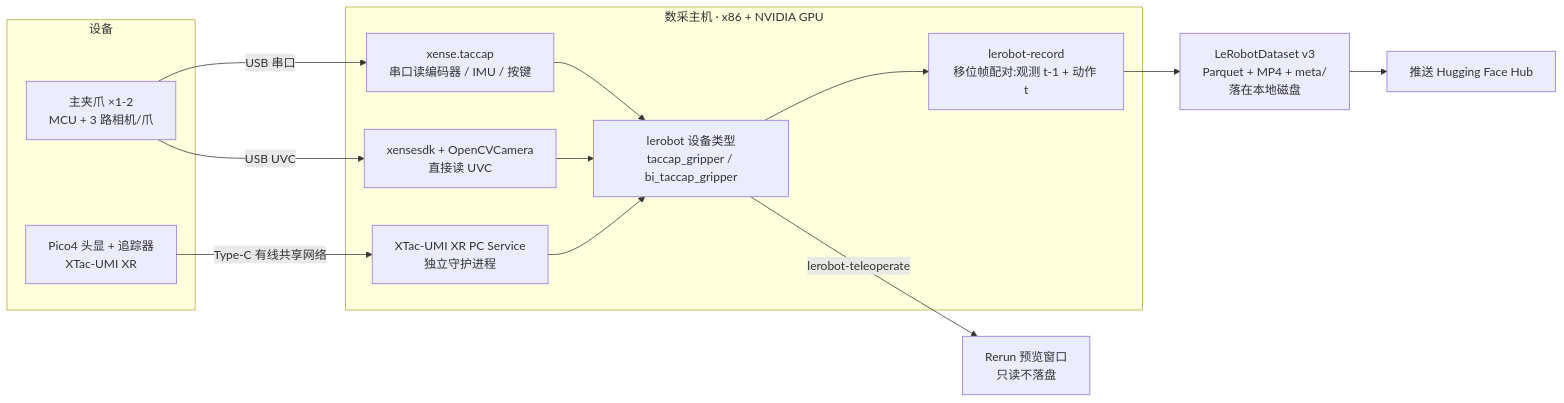
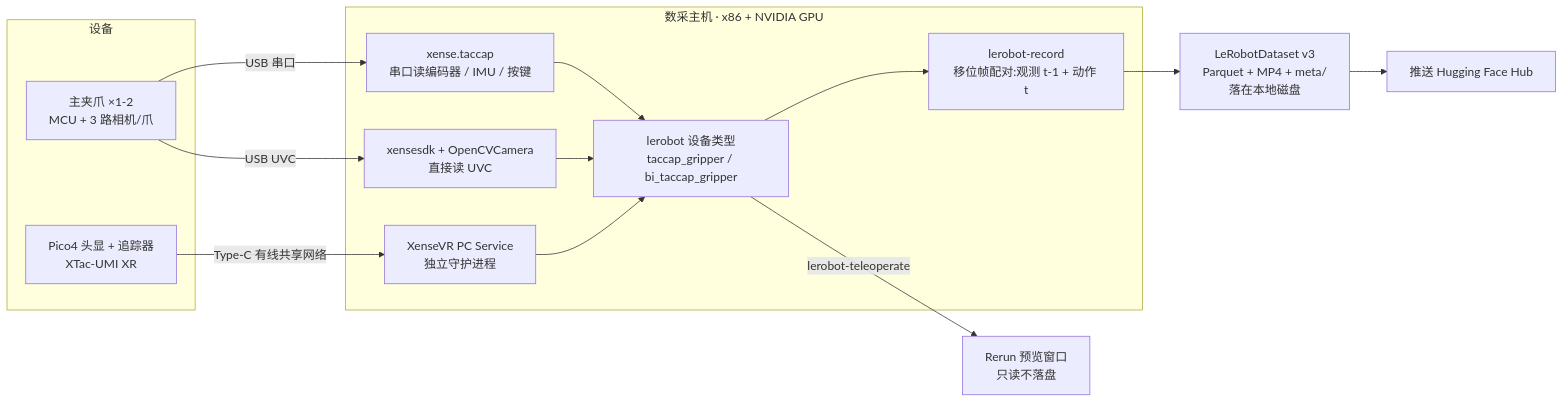
The second of 2 diagrams in docs/product/g1.md (XenseRobotics-AI/XTac-UMI-G1-Docs), drawn with Mermaid before and after one commit. The commit also changed other lines of this file and 20 other files, not shown here.

First line of the commit message:
docs: 撤回 XenseVR PC Service 的改名,只有头显 APP 叫 XTac-UMI XR

````diff
--- a/docs/product/g1.md
+++ b/docs/product/g1.md
@@ -70,24 +70,24 @@
 ```mermaid
 flowchart LR
     subgraph DEV2["设备"]
         G2["主夹爪 ×1-2<br/>MCU + 3 路相机/爪"]
         P2["Pico4 头显 + 追踪器<br/>XTac-UMI XR"]
     end
     subgraph HOST["数采主机 · x86 + NVIDIA GPU"]
         SDK["xense.taccap<br/>串口读编码器 / IMU / 按键"]
         CAM["xensesdk + OpenCVCamera<br/>直接读 UVC"]
-        VR2["XTac-UMI XR PC Service<br/>独立守护进程"]
+        VR2["XenseVR PC Service<br/>独立守护进程"]
         ROB["lerobot 设备类型<br/>taccap_gripper / bi_taccap_gripper"]
         REC2["lerobot-record<br/>移位帧配对:观测 t-1 + 动作 t"]
     end
     G2 -->|"USB 串口"| SDK
     G2 -->|"USB UVC"| CAM
     P2 -->|"Type-C 有线共享网络"| VR2
     SDK --> ROB
     CAM --> ROB
     VR2 --> ROB
     ROB -->|"lerobot-teleoperate"| RR["Rerun 预览窗口<br/>只读不落盘"]
     ROB --> REC2
     REC2 --> DS["LeRobotDataset v3<br/>Parquet + MP4 + meta/<br/>落在本地磁盘"]
     DS --> HF["推送 Hugging Face Hub"]
 ```
````
